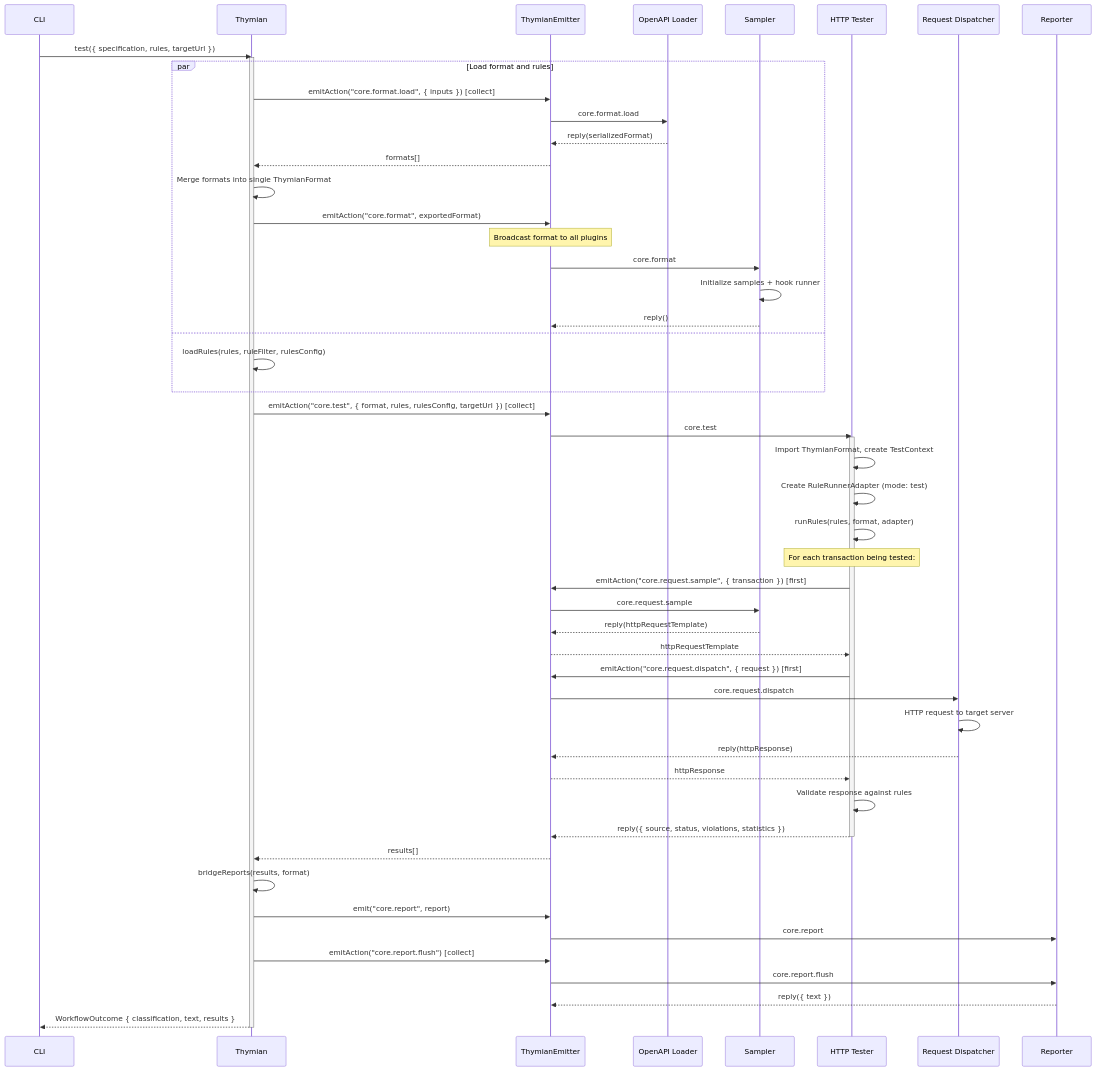
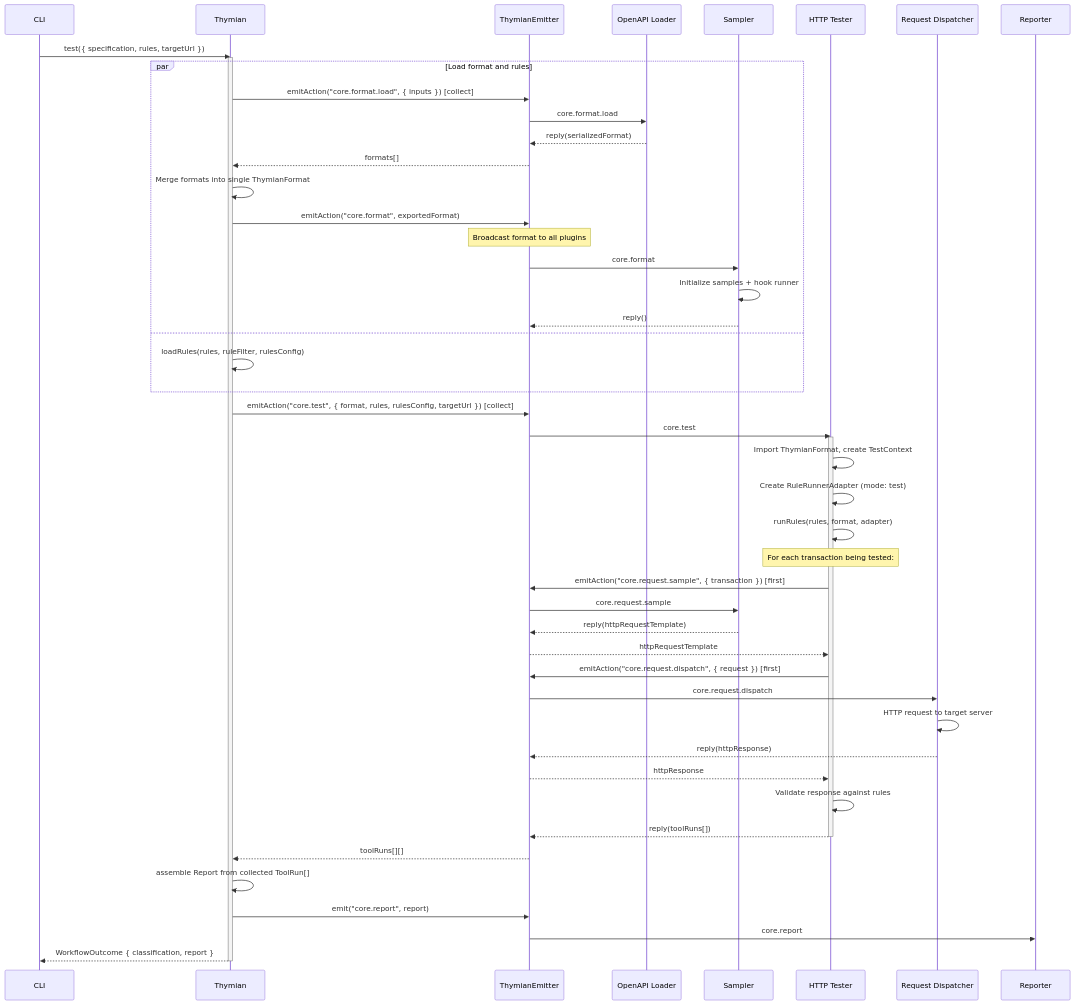
One commit to thymianofficial/thymian changed the third of 4 diagrams in docs/arc42/06-runtime-view.md. Above: the diagram before and after it, drawn with Mermaid. The commit also changed other lines of this file and 126 other files, not shown here.

First line of the commit message:
feat: edit core for reporting of violations and findings

````diff
--- a/docs/arc42/06-runtime-view.md
+++ b/docs/arc42/06-runtime-view.md
@@ -118,68 +114,64 @@
 ```mermaid
 sequenceDiagram
   participant CLI as CLI
   participant T as Thymian
   participant E as ThymianEmitter
   participant OA as OpenAPI Loader
   participant S as Sampler
   participant HT as HTTP Tester
   participant RD as Request Dispatcher
   participant R as Reporter
 
   CLI->>T: test({ specification, rules, targetUrl })
   activate T
 
   par Load format and rules
     T->>E: emitAction("core.format.load", { inputs }) [collect]
     E->>OA: core.format.load
     OA-->>E: reply(serializedFormat)
     E-->>T: formats[]
     T->>T: Merge formats into single ThymianFormat
 
     T->>E: emitAction("core.format", exportedFormat)
     Note over E: Broadcast format to all plugins
     E->>S: core.format
     S->>S: Initialize samples + hook runner
     S-->>E: reply()
   and
     T->>T: loadRules(rules, ruleFilter, rulesConfig)
   end
 
   T->>E: emitAction("core.test", { format, rules, rulesConfig, targetUrl }) [collect]
   E->>HT: core.test
   activate HT
 
   HT->>HT: Import ThymianFormat, create TestContext
   HT->>HT: Create RuleRunnerAdapter (mode: test)
   HT->>HT: runRules(rules, format, adapter)
 
   Note over HT: For each transaction being tested:
   HT->>E: emitAction("core.request.sample", { transaction }) [first]
   E->>S: core.request.sample
   S-->>E: reply(httpRequestTemplate)
   E-->>HT: httpRequestTemplate
 
   HT->>E: emitAction("core.request.dispatch", { request }) [first]
   E->>RD: core.request.dispatch
   RD->>RD: HTTP request to target server
   RD-->>E: reply(httpResponse)
   E-->>HT: httpResponse
 
   HT->>HT: Validate response against rules
 
-  HT-->>E: reply({ source, status, violations, statistics })
+  HT-->>E: reply(toolRuns[])
   deactivate HT
 
-  E-->>T: results[]
+  E-->>T: toolRuns[][]
 
-  T->>T: bridgeReports(results, format)
+  T->>T: assemble Report from collected ToolRun[]
   T->>E: emit("core.report", report)
   E->>R: core.report
 
-  T->>E: emitAction("core.report.flush") [collect]
-  E->>R: core.report.flush
-  R-->>E: reply({ text })
-
-  T-->>CLI: WorkflowOutcome { classification, text, results }
+  T-->>CLI: WorkflowOutcome { classification, report }
   deactivate T
 ```
````
